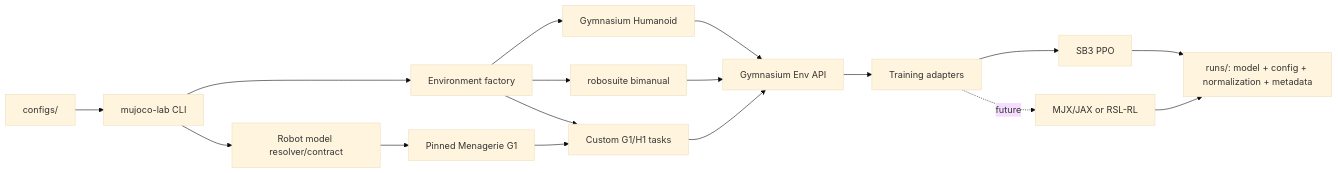
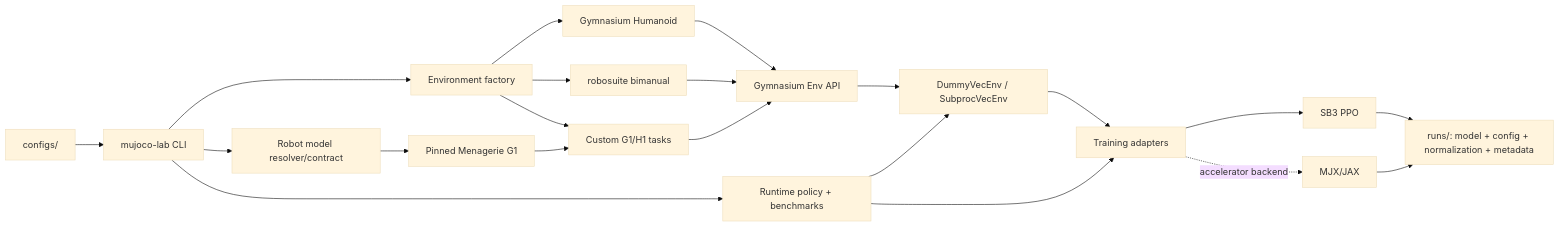
The diagram in README.md (magic-alt/mujoco_lab), drawn with Mermaid (base theme) before and after one commit. The commit also changed other lines of this file and 19 other files, not shown here.

Commit message:
feat: add workload-aware runtime and VecEnv benchmarks

````diff
--- a/README.md
+++ b/README.md
@@ -68,19 +82,23 @@
 ```mermaid
 flowchart LR
     C[configs/] --> CLI[mujoco-lab CLI]
+    CLI --> RUNTIME[Runtime policy + benchmarks]
     CLI --> R[Robot model resolver/contract]
     CLI --> F[Environment factory]
     R --> G1[Pinned Menagerie G1]
     F --> H[Gymnasium Humanoid]
     F --> B[robosuite bimanual]
     F --> G[Custom G1/H1 tasks]
     G1 --> G
     H --> API[Gymnasium Env API]
     B --> API
     G --> API
-    API --> T[Training adapters]
+    API --> V[DummyVecEnv / SubprocVecEnv]
+    V --> T[Training adapters]
+    RUNTIME --> V
+    RUNTIME --> T
     T --> PPO[SB3 PPO]
-    T -. future .-> MJX[MJX/JAX or RSL-RL]
+    T -. accelerator backend .-> MJX[MJX/JAX]
     PPO --> A[runs/: model + config + normalization + metadata]
     MJX --> A
 ```
````
